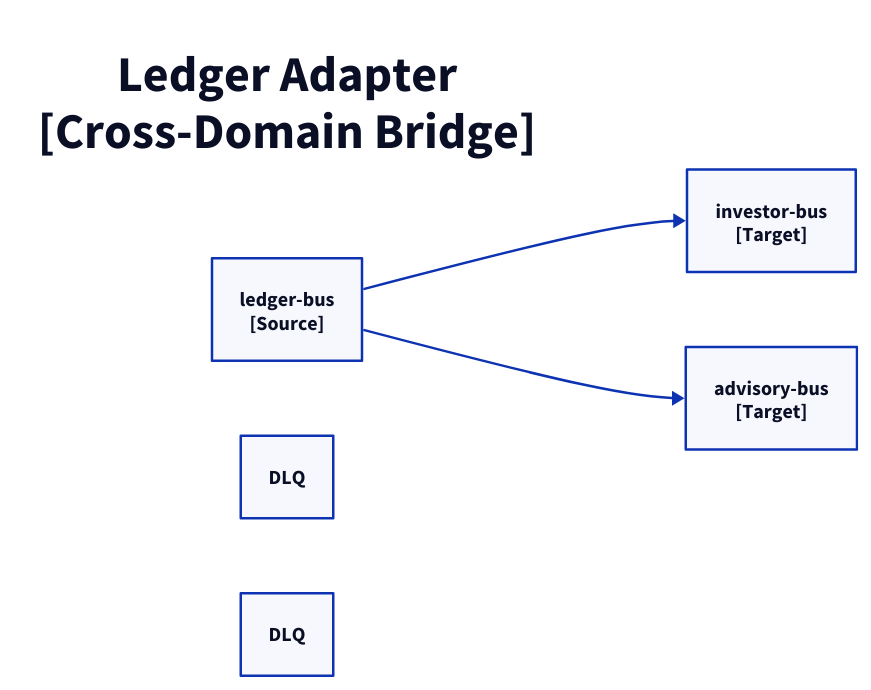
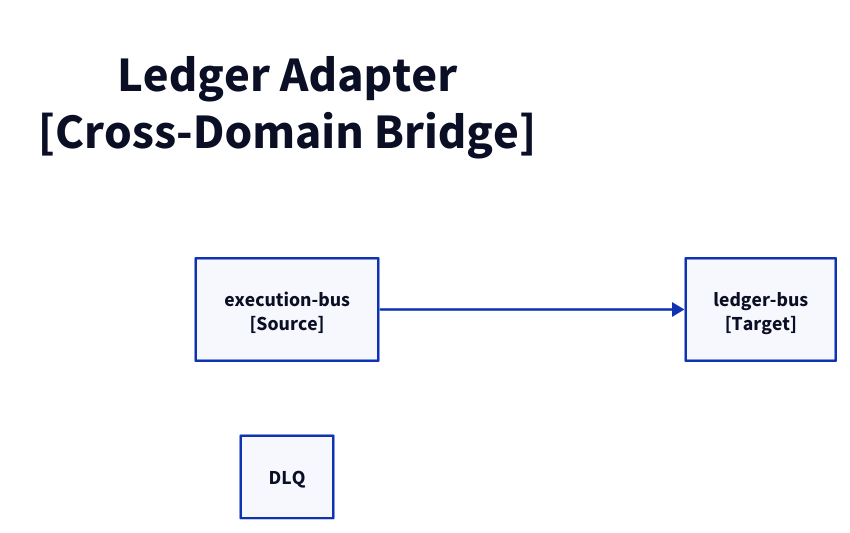
The diagram in docs/architecture/c3/ledger-adpt.d2 (fabio-vitali/nestfolio), drawn with D2 before and after one commit. The commit also changed 14 other files, not shown here.

First line of the commit message:
fix(c4): update diagram generator for pull model adapter event routing

```diff
--- a/docs/architecture/c3/ledger-adpt.d2
+++ b/docs/architecture/c3/ledger-adpt.d2
@@ -1,17 +1,13 @@
 direction: right
 
 title: "Ledger Adapter\n[Cross-Domain Bridge]" {
   style: { font-size: 40; bold: true; fill: transparent; stroke: transparent }
 }
 
-source: "ledger-bus\n[Source]" { class: aws-eventbridge }
+target: "ledger-bus\n[Target]" { class: aws-eventbridge }
 
-to-investor: "investor-bus\n[Target]" { class: aws-eventbridge }
-to-investor-dlq: "DLQ" { class: aws-dlq }
-source -> to-investor
-
-to-advisory: "advisory-bus\n[Target]" { class: aws-eventbridge }
-to-advisory-dlq: "DLQ" { class: aws-dlq }
-source -> to-advisory
+ledger-ingress-from-execution: "execution-bus\n[Source]" { class: aws-eventbridge }
+ledger-ingress-from-execution-dlq: "DLQ" { class: aws-dlq }
+ledger-ingress-from-execution -> target
 
 # Flows
```
